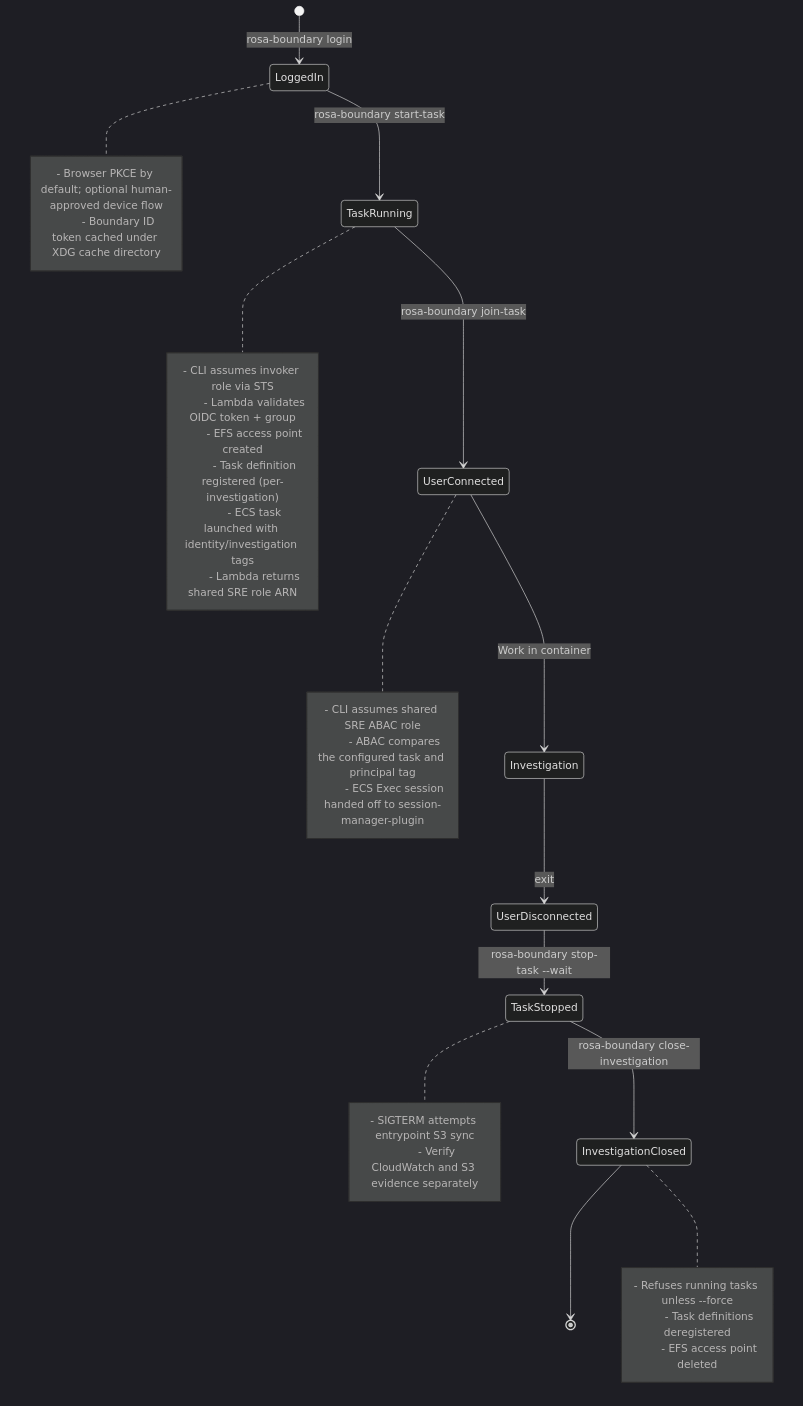
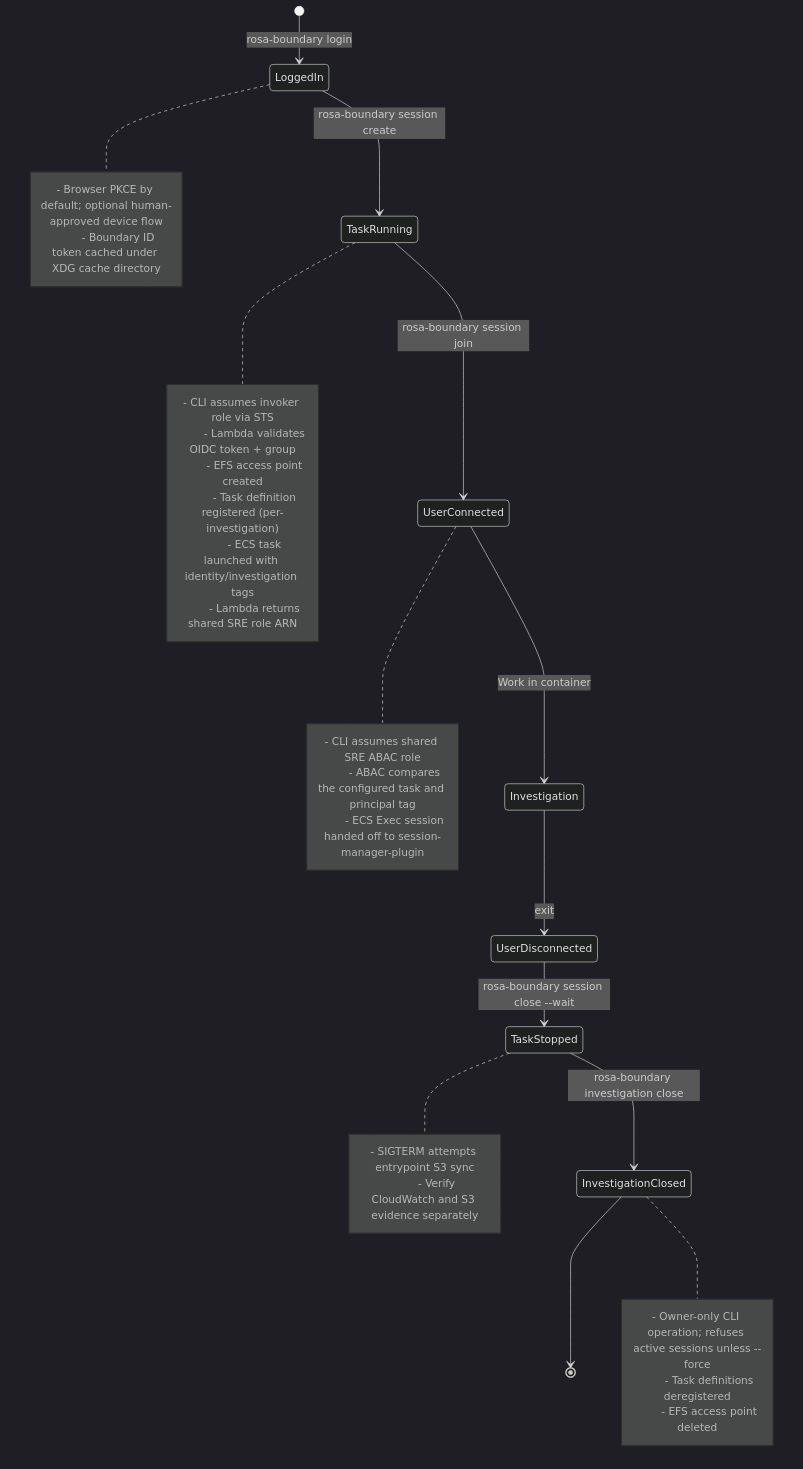
Before and after one commit to openshift-online/rosa-boundary: the diagram in docs/runbooks/investigation-workflow.md, drawn with Mermaid (dark theme). The commit also changed other lines of this file and 69 other files, not shown here.

````diff
--- a/docs/runbooks/investigation-workflow.md
+++ b/docs/runbooks/investigation-workflow.md
@@ -15,42 +15,42 @@
 ```mermaid
 stateDiagram-v2
     [*] --> LoggedIn: rosa-boundary login
-    LoggedIn --> TaskRunning: rosa-boundary start-task
-    TaskRunning --> UserConnected: rosa-boundary join-task
+    LoggedIn --> TaskRunning: rosa-boundary session create
+    TaskRunning --> UserConnected: rosa-boundary session join
     UserConnected --> Investigation: Work in container
     Investigation --> UserDisconnected: exit
-    UserDisconnected --> TaskStopped: rosa-boundary stop-task --wait
-    TaskStopped --> InvestigationClosed: rosa-boundary close-investigation
+    UserDisconnected --> TaskStopped: rosa-boundary session close --wait
+    TaskStopped --> InvestigationClosed: rosa-boundary investigation close
     InvestigationClosed --> [*]
 
     note right of LoggedIn
         - Browser PKCE by default; optional human-approved device flow
         - Boundary ID token cached under XDG cache directory
     end note
 
     note right of TaskRunning
         - CLI assumes invoker role via STS
         - Lambda validates OIDC token + group
         - EFS access point created
         - Task definition registered (per-investigation)
         - ECS task launched with identity/investigation tags
         - Lambda returns shared SRE role ARN
     end note
 
     note right of UserConnected
         - CLI assumes shared SRE ABAC role
         - ABAC compares the configured task and principal tag
         - ECS Exec session handed off to session-manager-plugin
     end note
 
     note right of TaskStopped
         - SIGTERM attempts entrypoint S3 sync
         - Verify CloudWatch and S3 evidence separately
     end note
 
     note right of InvestigationClosed
-        - Refuses running tasks unless --force
+        - Owner-only CLI operation; refuses active sessions unless --force
         - Task definitions deregistered
         - EFS access point deleted
     end note
 ```
````
